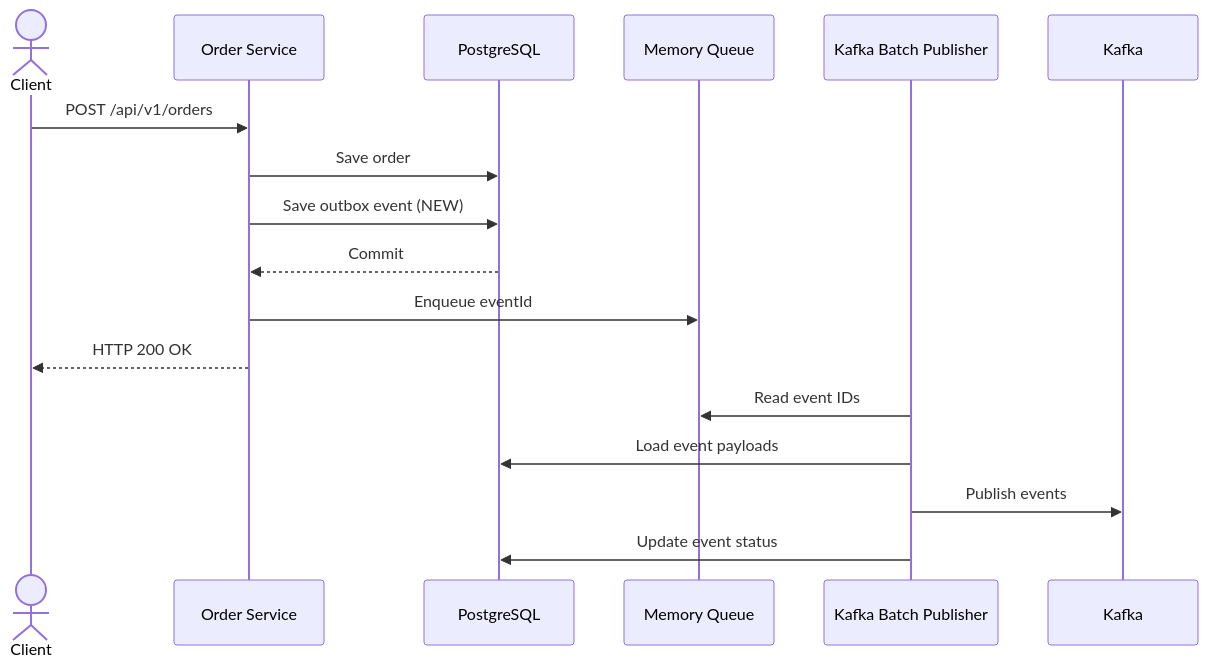
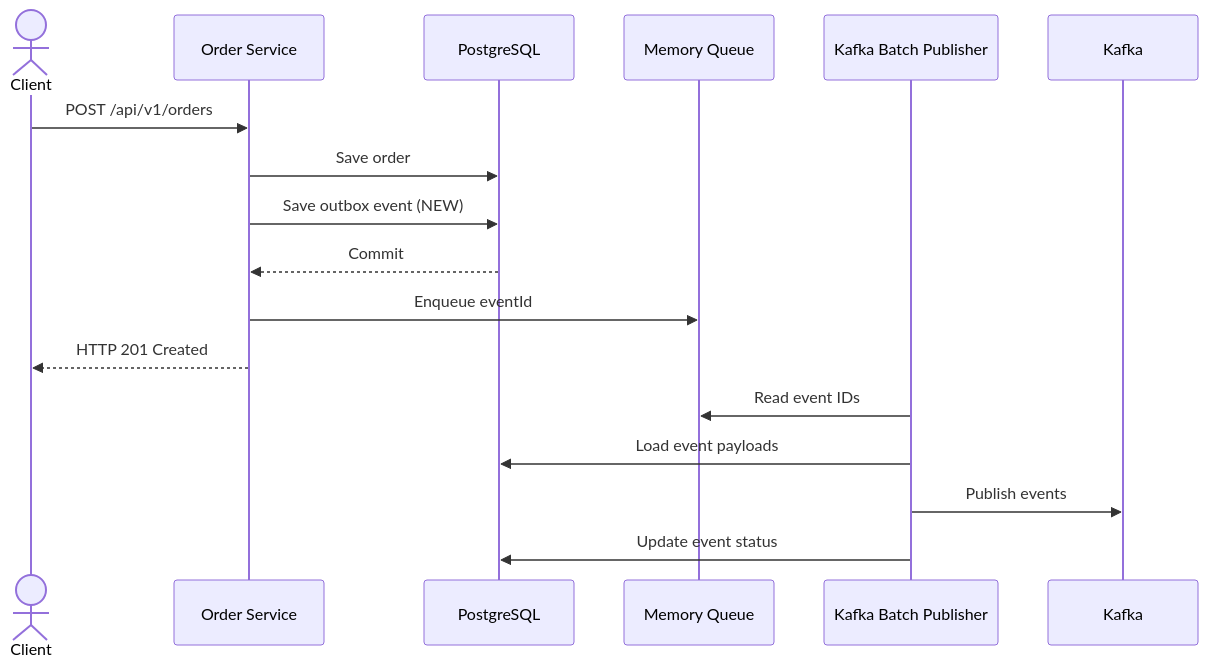
Before and after one commit to KHolodilin/spring-transactional-outbox-kafka: the first of 4 diagrams in README.md, drawn with Mermaid. The commit also changed other lines of this file, not shown here.

````diff
--- a/README.md
+++ b/README.md
@@ -68,23 +75,23 @@
 ```mermaid
 sequenceDiagram
     actor Client
     participant Service as Order Service
     participant DB as PostgreSQL
     participant Queue as Memory Queue
     participant Publisher as Kafka Batch Publisher
     participant Kafka
 
     Client->>Service: POST /api/v1/orders
 
     Service->>DB: Save order
     Service->>DB: Save outbox event (NEW)
     DB-->>Service: Commit
 
     Service->>Queue: Enqueue eventId
-    Service-->>Client: HTTP 200 OK
+    Service-->>Client: HTTP 201 Created
 
     Publisher->>Queue: Read event IDs
     Publisher->>DB: Load event payloads
     Publisher->>Kafka: Publish events
     Publisher->>DB: Update event status
 ```
````
